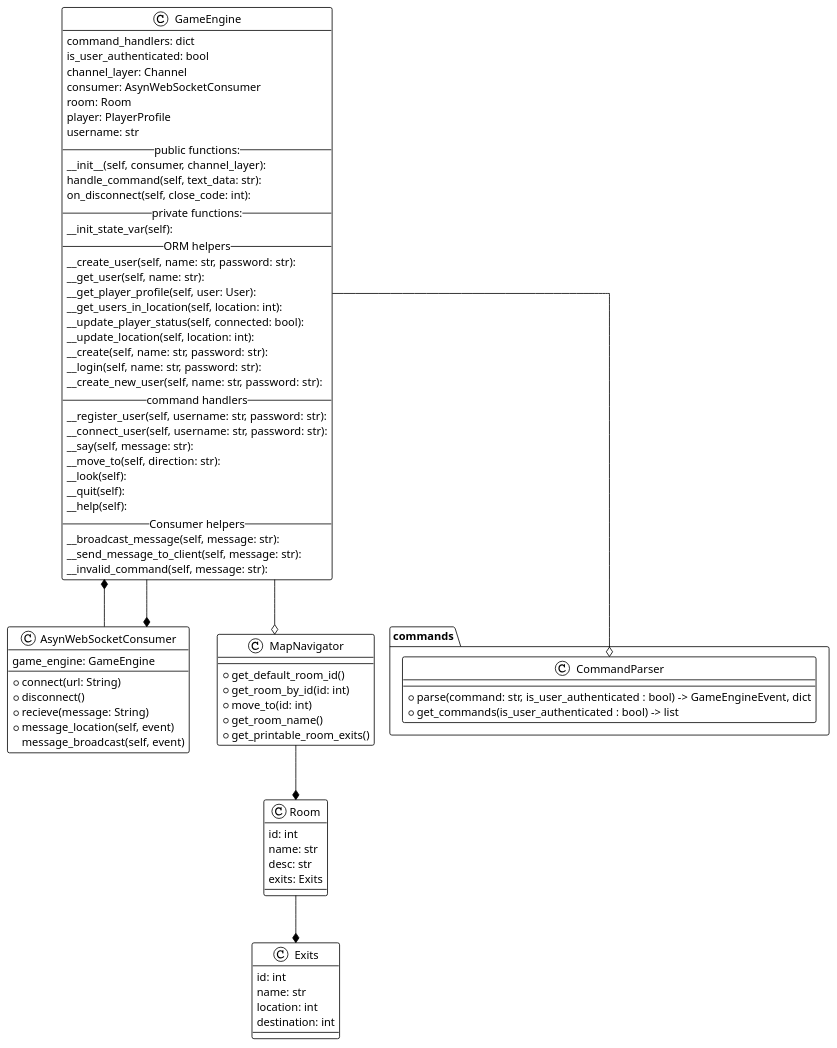
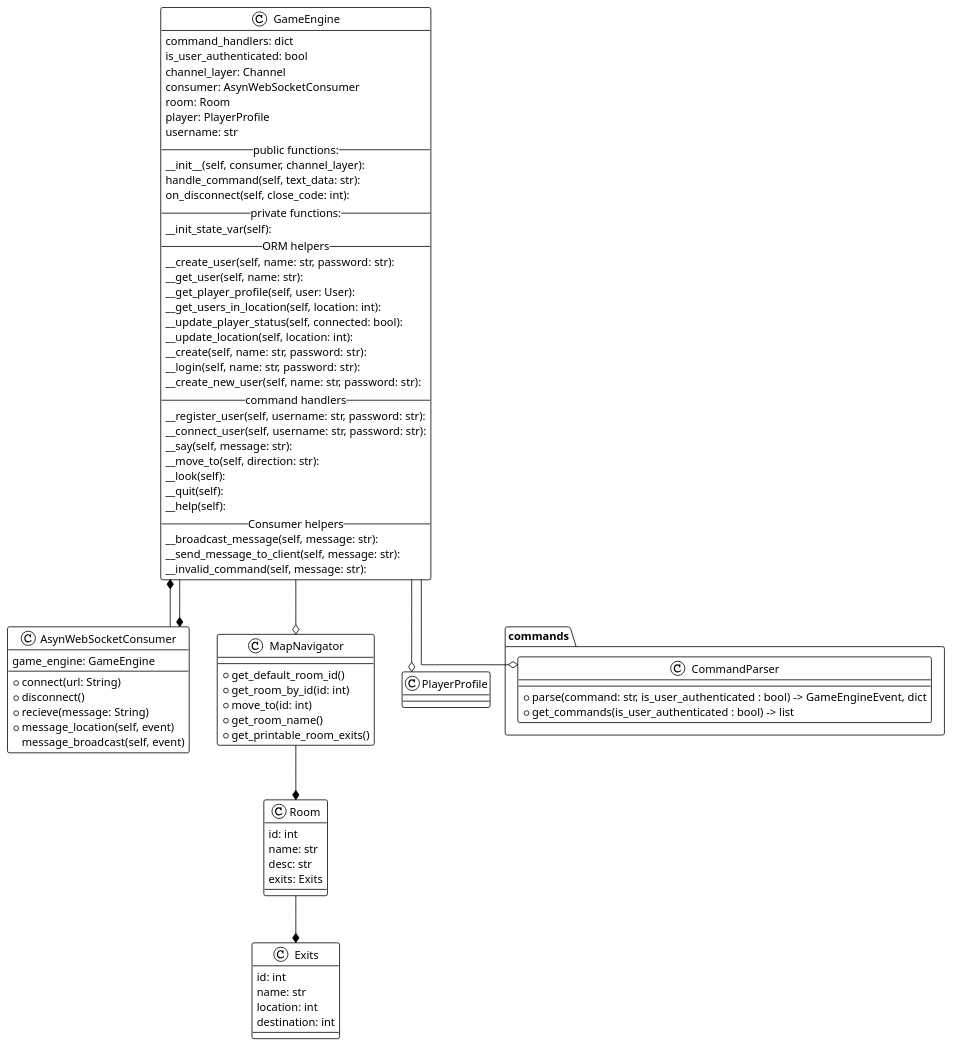
One commit to narendahr15/mud-server changed the diagram in docs/Game-engine-design.md. Above: the diagram before and after it, drawn with PlantUML. The commit also changed 4 other files, not shown here.

````diff
--- a/docs/Game-engine-design.md
+++ b/docs/Game-engine-design.md
@@ -42,6 +42,8 @@
    +parse(command: str, is_user_authenticated : bool) -> GameEngineEvent, dict
    +get_commands(is_user_authenticated : bool) -> list
 }
+
+class PlayerProfile
 
 class AsynWebSocketConsumer {
    game_engine: GameEngine
@@ -94,6 +96,7 @@
 AsynWebSocketConsumer --* GameEngine
 GameEngine --o MapNavigator
 GameEngine --o commands.CommandParser
+GameEngine --o PlayerProfile
 
 @enduml
 ```
````
